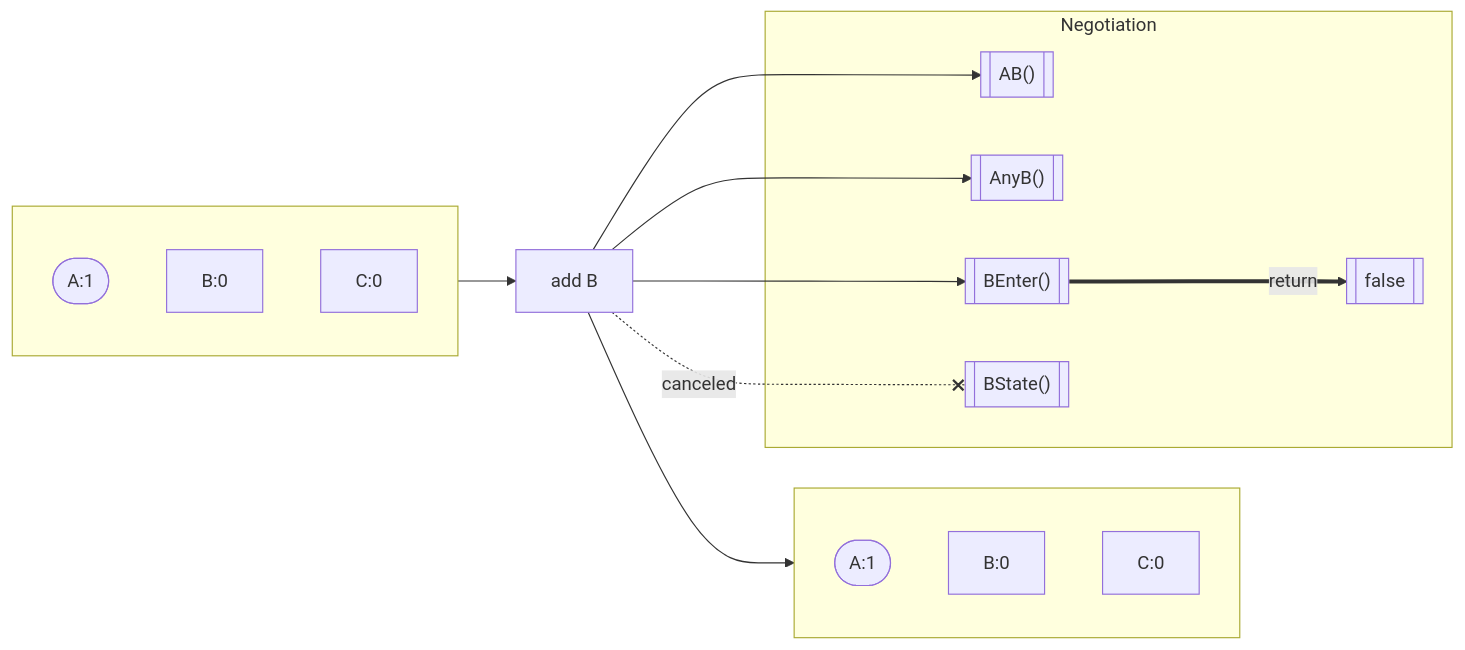
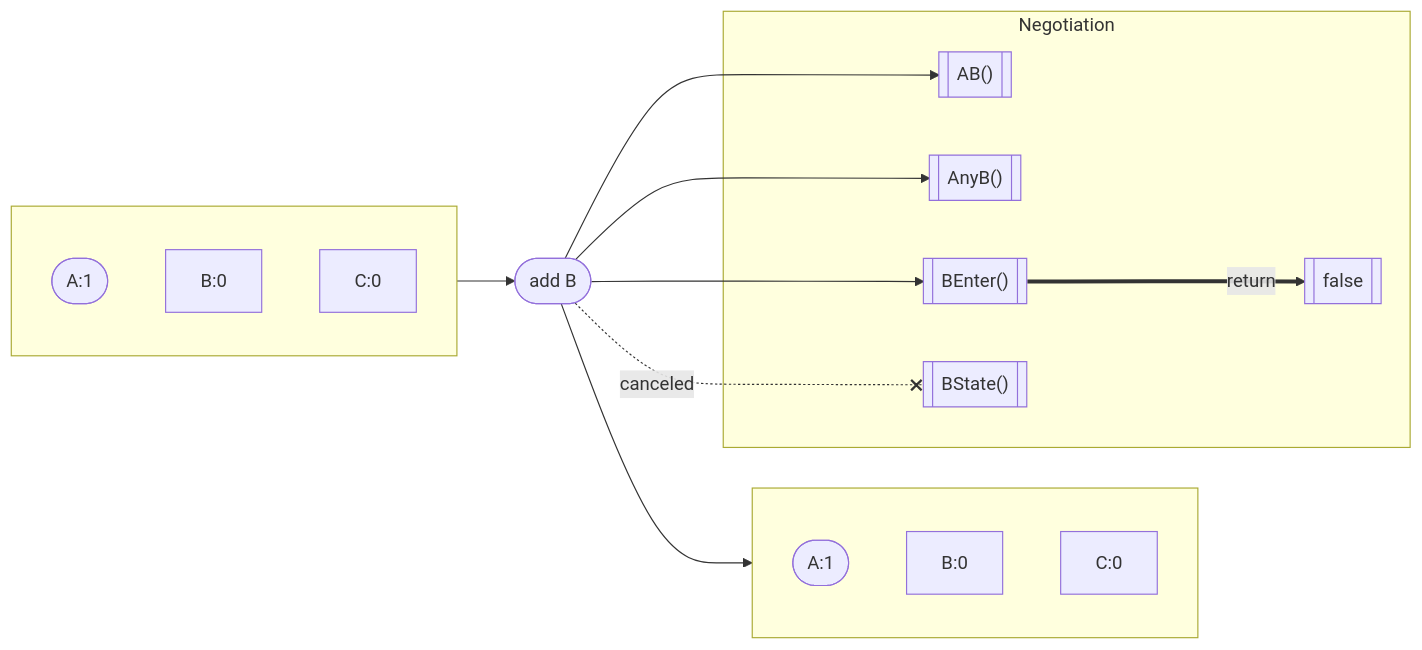
One commit to pancsta/asyncmachine-go changed the seventh of 12 diagrams in docs/diagrams.md. Above: the diagram before and after it, drawn with Mermaid. The commit also changed other lines of this file and 18 other files, not shown here.

````diff
--- a/docs/diagrams.md
+++ b/docs/diagrams.md
@@ -189,28 +190,28 @@
 ```mermaid
 flowchart LR
     subgraph NegotiationBefore[ ]
         A1([A:1])
         B1[B:0]
         C1[C:0]
     end
     subgraph NegotiationAfter[ ]
         A2([A:1])
         B2[B:0]
         C2[C:0]
     end
-    NegotiationMutation[add B]
+    NegotiationMutation([add B])
     NegotiationBefore --> NegotiationMutation
     NegotiationMutation --> NegotiationAfter
     NegotiationMutation --> AB
     NegotiationMutation --> AnyB
     NegotiationMutation --> BEnter
     BEnter == return ==> false
     NegotiationMutation -. canceled .-x BState
     subgraph Negotiation
         false[[false]]
         AB[["AB()"]]
         AnyB[["AnyB()"]]
         BEnter[["BEnter()"]]
         BState[["BState()"]]
     end
 ```
````
